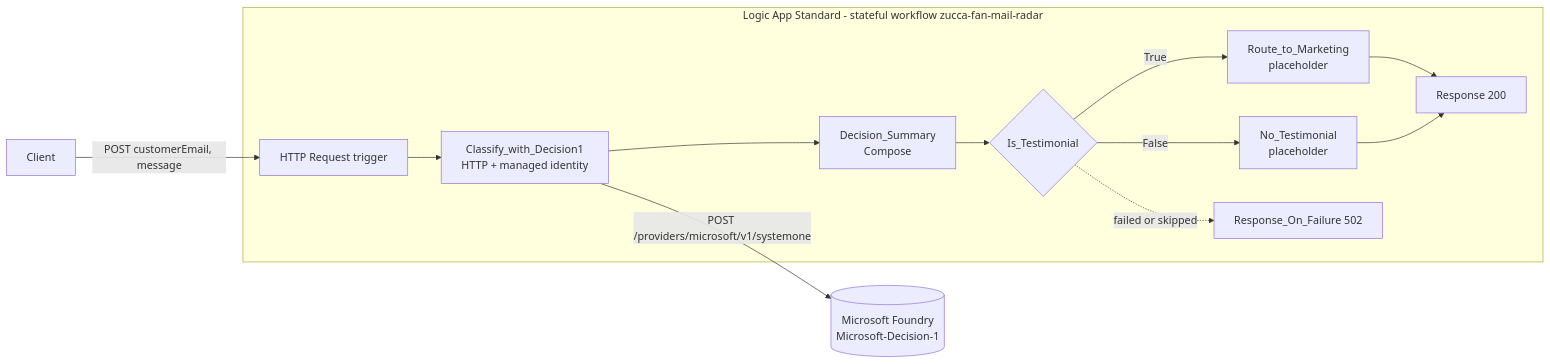
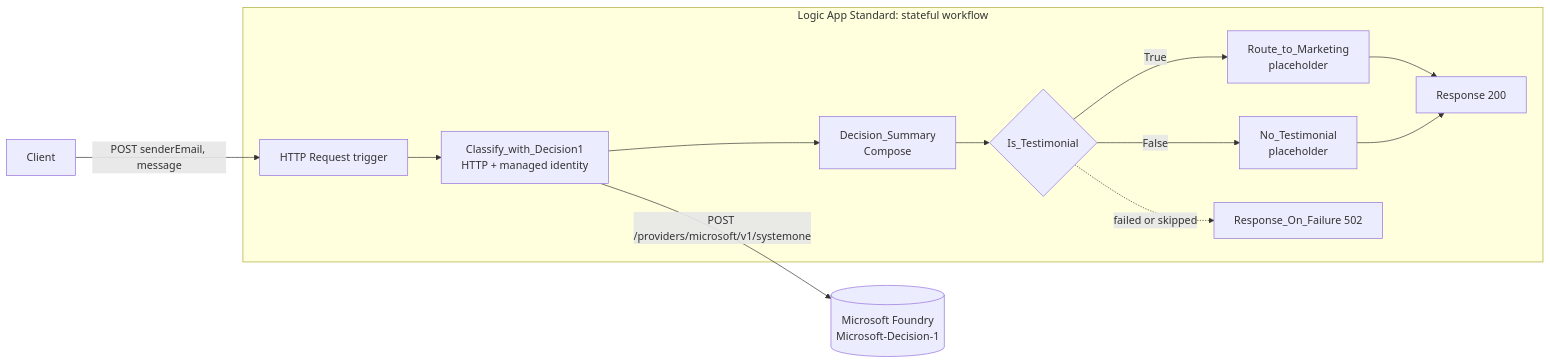
The diagram in README.md (rafsan-huseynov/microsoft-decision-1-logic-app-sample), drawn with Mermaid before and after one commit. The commit also changed other lines of this file and 7 other files, not shown here.

````diff
--- a/README.md
+++ b/README.md
@@ -52,15 +29,15 @@
 ```mermaid
 flowchart LR
-    C[Client] -->|POST customerEmail, message| T[HTTP Request trigger]
-    subgraph LA[Logic App Standard - stateful workflow zucca-fan-mail-radar]
+    C[Client] -->|POST senderEmail, message| T[HTTP Request trigger]
+    subgraph LA[Logic App Standard: stateful workflow]
         T --> D[Classify_with_Decision1<br/>HTTP + managed identity]
         D --> S[Decision_Summary<br/>Compose]
         S --> I{Is_Testimonial}
         I -->|True| M[Route_to_Marketing<br/>placeholder]
         I -->|False| N[No_Testimonial<br/>placeholder]
         M --> R[Response 200]
         N --> R
         I -.->|failed or skipped| F[Response_On_Failure 502]
     end
     D -->|POST /providers/microsoft/v1/systemone| FD[(Microsoft Foundry<br/>Microsoft-Decision-1)]
 ```
````
